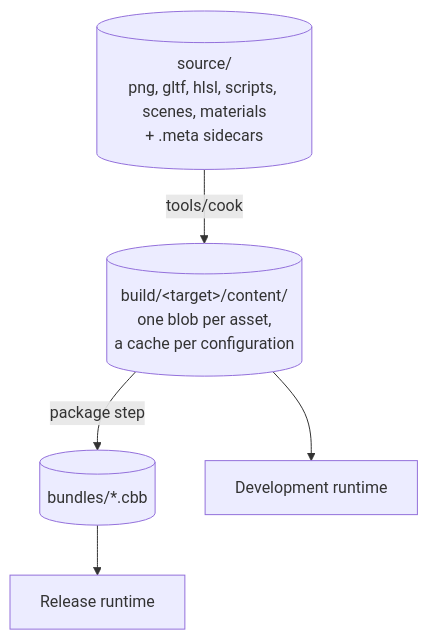
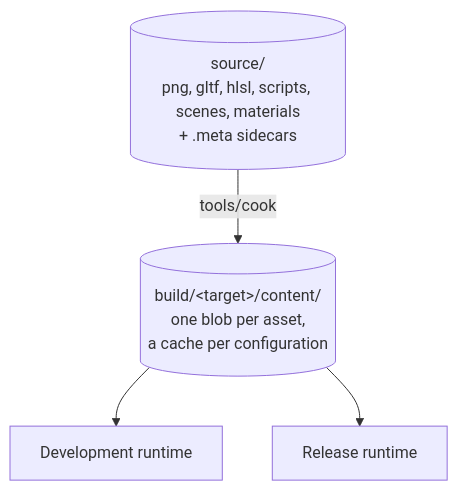
Before and after one commit to aszecsei/cinnabar: the second of 2 diagrams in docs/overview/architecture.md, drawn with Mermaid. The commit also changed other lines of this file and 64 other files, not shown here.

````diff
--- a/docs/overview/architecture.md
+++ b/docs/overview/architecture.md
@@ -121,13 +121,11 @@
 ```mermaid
 flowchart TB
     SOURCE[("source/<br/>png, gltf, hlsl, scripts, scenes, materials<br/>+ .meta sidecars")]
     CACHE[("build/&lt;target&gt;/content/<br/>one blob per asset,<br/>a cache per configuration")]
-    BUNDLES[("bundles/*.cbb")]
     DEVRT["Development runtime"]
     RELRT["Release runtime"]
 
     SOURCE -->|"tools/cook"| CACHE
-    CACHE -->|"package step"| BUNDLES
     CACHE --> DEVRT
-    BUNDLES --> RELRT
+    CACHE --> RELRT
 ```
````
